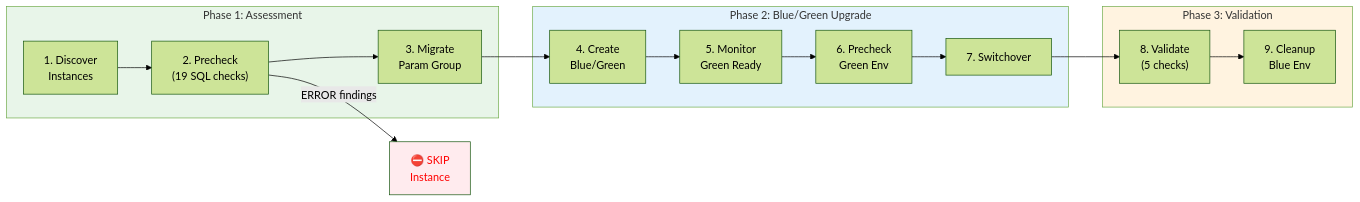
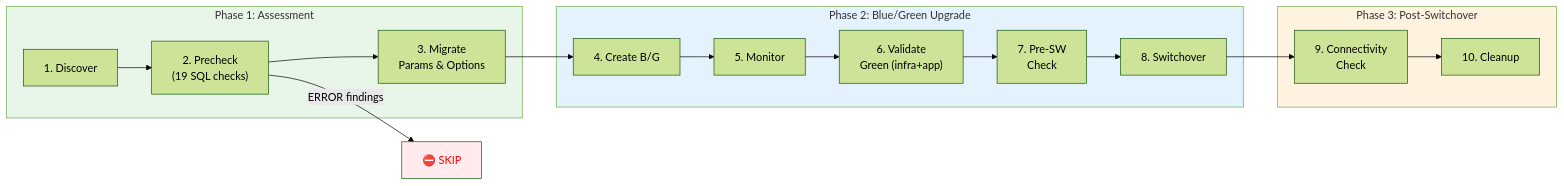
The second of 5 diagrams in docs/architecture-diagrams.md (aws-samples/sample-rds-mysql-upgrade-assistant), drawn with Mermaid (forest theme) before and after one commit. The commit also changed other lines of this file and 2 other files, not shown here.

First line of the commit message:
Update architecture diagrams and remove generate script

````diff
--- a/docs/architecture-diagrams.md
+++ b/docs/architecture-diagrams.md
@@ -88,26 +95,27 @@
 ```mermaid
 flowchart LR
     subgraph Phase1["Phase 1: Assessment"]
-        A["1. Discover<br/>Instances"] --> B["2. Precheck<br/>(19 SQL checks)"]
-        B --> C["3. Migrate<br/>Param Group"]
+        A["1. Discover"] --> B["2. Precheck<br/>(19 SQL checks)"]
+        B --> C["3. Migrate<br/>Params & Options"]
     end
 
     subgraph Phase2["Phase 2: Blue/Green Upgrade"]
-        C --> D["4. Create<br/>Blue/Green"]
-        D --> E["5. Monitor<br/>Green Ready"]
-        E --> F["6. Precheck<br/>Green Env"]
-        F --> G["7. Switchover"]
+        C --> D["4. Create B/G"]
+        D --> E["5. Monitor"]
+        E --> F["6. Validate<br/>Green (infra+app)"]
+        F --> G["7. Pre-SW<br/>Check"]
+        G --> H["8. Switchover"]
     end
 
-    subgraph Phase3["Phase 3: Validation"]
-        G --> H["8. Validate<br/>(5 checks)"]
-        H --> I["9. Cleanup<br/>Blue Env"]
+    subgraph Phase3["Phase 3: Post-Switchover"]
+        H --> I["9. Connectivity<br/>Check"]
+        I --> J["10. Cleanup"]
     end
 
-    B -->|"ERROR findings"| SKIP["⛔ SKIP<br/>Instance"]
+    B -->|"ERROR findings"| SKIP["⛔ SKIP"]
 
     style Phase1 fill:#E8F5E9
     style Phase2 fill:#E3F2FD
     style Phase3 fill:#FFF3E0
     style SKIP fill:#FFEBEE,color:red
 ```
````
